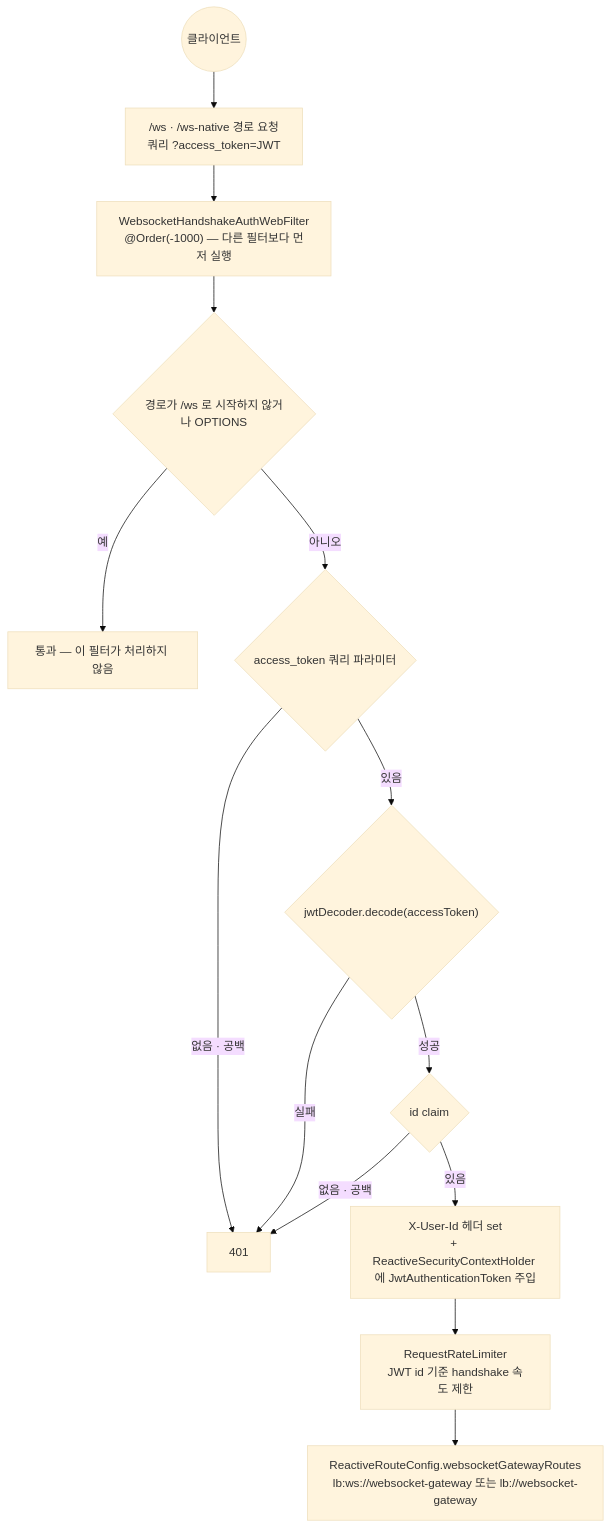
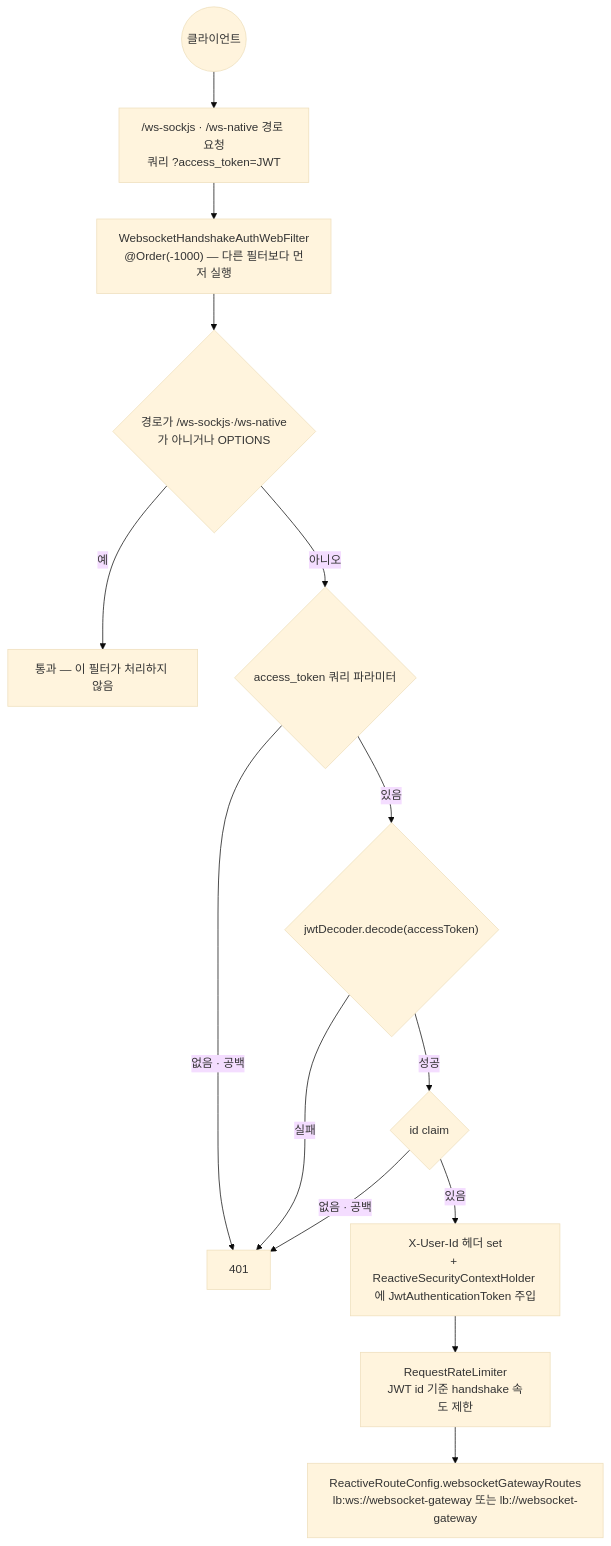
Before and after one commit to noah0504789/crypto-project-backend: the second of 3 diagrams in docs/modules/API_GATEWAY.md, drawn with Mermaid (base theme). The commit also changed other lines of this file and 22 other files, not shown here.

````diff
--- a/docs/modules/API_GATEWAY.md
+++ b/docs/modules/API_GATEWAY.md
@@ -90,25 +90,25 @@
 ```mermaid
 graph TB
   C(("클라이언트"))
-  P["/ws · /ws-native 경로 요청<br/>쿼리 ?access_token=JWT"]
+  P["/ws-sockjs · /ws-native 경로 요청<br/>쿼리 ?access_token=JWT"]
   F["WebsocketHandshakeAuthWebFilter<br/>@Order(-1000) — 다른 필터보다 먼저 실행"]
-  SKIP{"경로가 /ws 로 시작하지 않거나 OPTIONS"}
+  SKIP{"경로가 /ws-sockjs·/ws-native가 아니거나 OPTIONS"}
   PASS["통과 — 이 필터가 처리하지 않음"]
   T{"access_token 쿼리 파라미터"}
   D{"jwtDecoder.decode(accessToken)"}
   I{"id claim"}
   E401["401"]
   SET["X-User-Id 헤더 set<br/>+ ReactiveSecurityContextHolder 에 JwtAuthenticationToken 주입"]
   RL["RequestRateLimiter<br/>JWT id 기준 handshake 속도 제한"]
   R["ReactiveRouteConfig.websocketGatewayRoutes<br/>lb:ws://websocket-gateway 또는 lb://websocket-gateway"]
 
   C --> P --> F --> SKIP
   SKIP -->|"예"| PASS
   SKIP -->|"아니오"| T
   T -->|"없음 · 공백"| E401
   T -->|"있음"| D
   D -->|"실패"| E401
   D -->|"성공"| I
   I -->|"없음 · 공백"| E401
   I -->|"있음"| SET --> RL --> R
 ```
````
